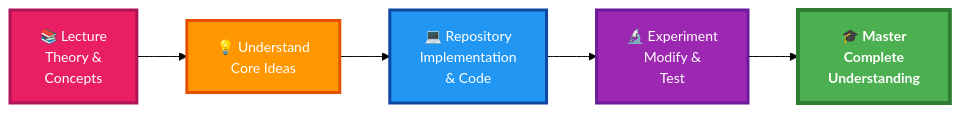
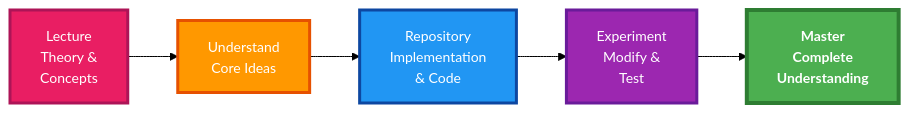
One commit to nexageapps/AI changed the fourth of 7 diagrams in MAI_STUDENT_GUIDE.md. Above: the diagram before and after it, drawn with Mermaid (forest theme). The commit also changed other lines of this file, not shown here.

````diff
--- a/MAI_STUDENT_GUIDE.md
+++ b/MAI_STUDENT_GUIDE.md
@@ -370,13 +370,13 @@
 ```mermaid
 graph LR
-    Theory["📚 Lecture<br/>Theory &<br/>Concepts"]:::theory --> Understand["💡 Understand<br/>Core Ideas"]:::understand
-    Understand --> Implement["💻 Repository<br/>Implementation<br/>& Code"]:::implement
-    Implement --> Experiment["🔬 Experiment<br/>Modify &<br/>Test"]:::experiment
-    Experiment --> Master["🎓 Master<br/>Complete<br/>Understanding"]:::master
+    Theory["Lecture<br/>Theory &<br/>Concepts"]:::theory --> Understand["Understand<br/>Core Ideas"]:::understand
+    Understand --> Implement["Repository<br/>Implementation<br/>& Code"]:::implement
+    Implement --> Experiment["Experiment<br/>Modify &<br/>Test"]:::experiment
+    Experiment --> Master["Master<br/>Complete<br/>Understanding"]:::master
     
     classDef theory fill:#E91E63,stroke:#AD1457,stroke-width:3px,color:#fff,font-size:14px
     classDef understand fill:#FF9800,stroke:#E65100,stroke-width:3px,color:#fff,font-size:14px
     classDef implement fill:#2196F3,stroke:#0D47A1,stroke-width:3px,color:#fff,font-size:14px
     classDef experiment fill:#9C27B0,stroke:#6A1B9A,stroke-width:3px,color:#fff,font-size:14px
     classDef master fill:#4CAF50,stroke:#2E7D32,stroke-width:4px,color:#fff,font-size:14px,font-weight:bold
 ```
````
